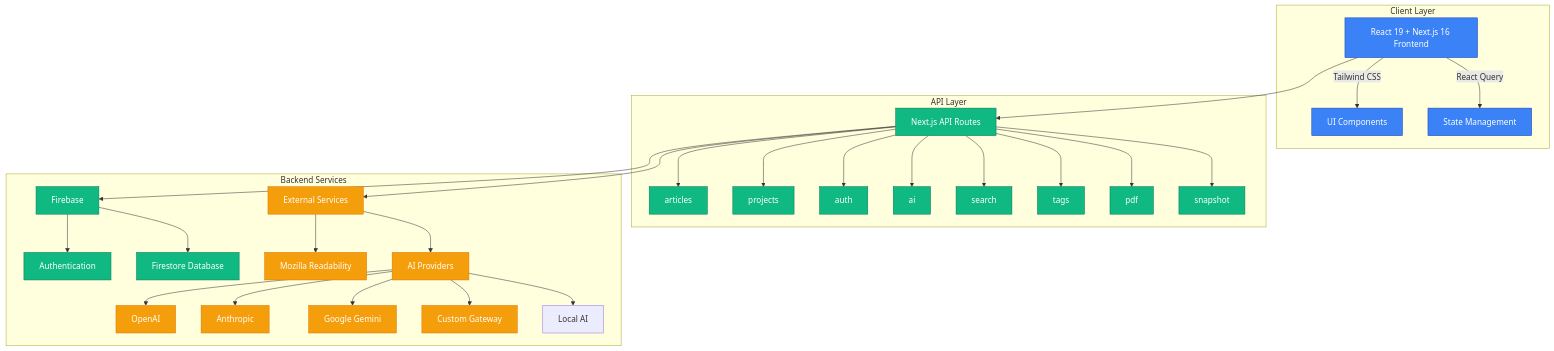
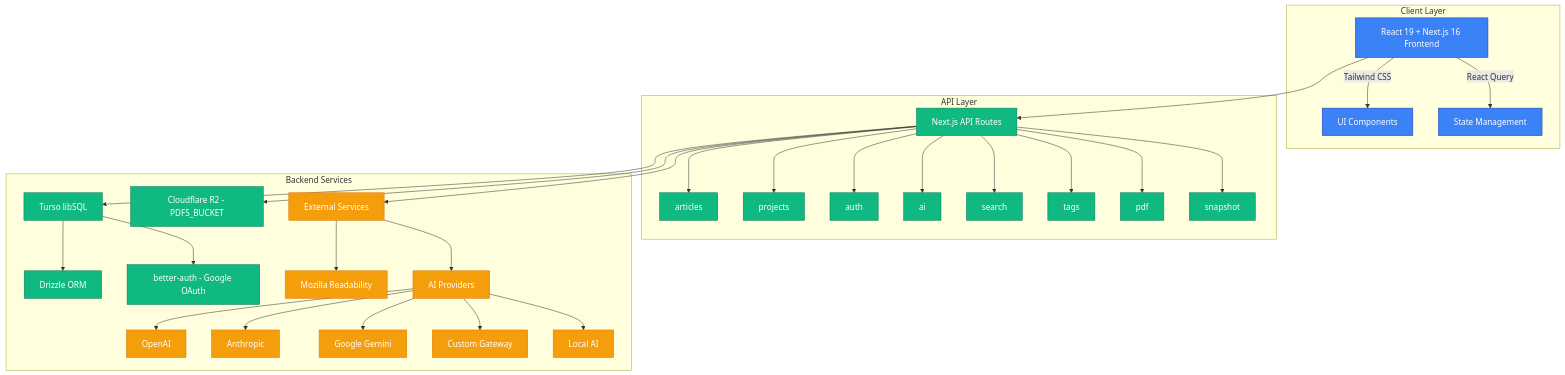
One commit to Significant-Hobbies/reader changed the diagram in README.md. Above: the diagram before and after it, drawn with Mermaid. The commit also changed other lines of this file and 2 other files, not shown here.

First line of the commit message:
docs: drop stale Firebase/NextAuth references; reflect better-auth + R2 reality

````diff
--- a/README.md
+++ b/README.md
@@ -45,47 +45,50 @@
 ```mermaid
 graph TB
     subgraph "Client Layer"
         UI[React 19 + Next.js 16 Frontend]
         UI --> |Tailwind CSS| Styling[UI Components]
         UI --> |React Query| State[State Management]
     end
 
     subgraph "API Layer"
         API["Next.js API Routes"]
         API --> Articles["articles"]
         API --> Projects["projects"]
         API --> Auth["auth"]
         API --> AI["ai"]
         API --> Search["search"]
         API --> Tags["tags"]
         API --> PDF["pdf"]
         API --> Snapshot["snapshot"]
     end
 
     subgraph "Backend Services"
-        Firebase[Firebase]
-        Firebase --> FireAuth[Authentication]
-        Firebase --> Firestore[Firestore Database]
+        Turso[Turso libSQL]
+        Turso --> Drizzle[Drizzle ORM]
+        Turso --> BetterAuth[better-auth - Google OAuth]
+
+        R2[Cloudflare R2 - PDFS_BUCKET]
 
         External[External Services]
         External --> Readability[Mozilla Readability]
         External --> AIProviders[AI Providers]
         AIProviders --> OpenAI[OpenAI]
         AIProviders --> Anthropic[Anthropic]
         AIProviders --> Gemini[Google Gemini]
         AIProviders --> Gateway[Custom Gateway]
         AIProviders --> LocalAI[Local AI]
     end
 
     UI --> API
-    API --> Firebase
+    API --> Turso
+    API --> R2
     API --> External
 
     classDef frontend fill:#3b82f6,stroke:#1e40af,color:#fff
     classDef backend fill:#10b981,stroke:#047857,color:#fff
     classDef external fill:#f59e0b,stroke:#d97706,color:#fff
 
     class UI,Styling,State frontend
-    class API,Articles,Projects,Auth,AI,Search,Tags,PDF,Snapshot,Firebase,FireAuth,Firestore backend
-    class External,Readability,AIProviders,OpenAI,Anthropic,Gemini,Gateway,CLIBridge external
+    class API,Articles,Projects,Auth,AI,Search,Tags,PDF,Snapshot,Turso,Drizzle,BetterAuth,R2 backend
+    class External,Readability,AIProviders,OpenAI,Anthropic,Gemini,Gateway,LocalAI external
 ```
````
